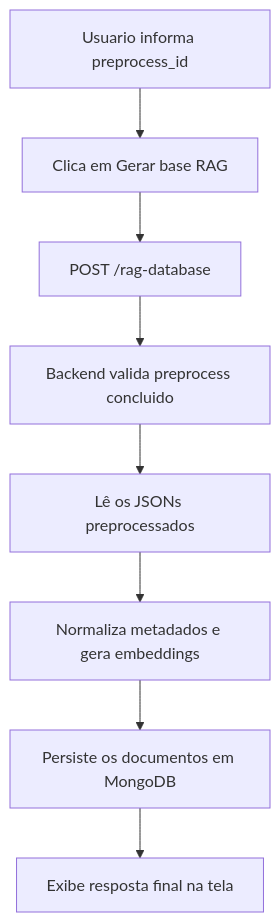
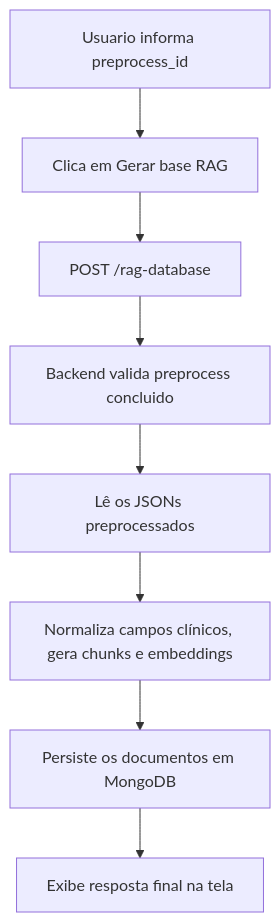
One commit to vagner-nascimento/fiap-pos-ia-para-devs-fase3-tech-challenge changed the second of 3 diagrams in frontend/README.md. Above: the diagram before and after it, drawn with Mermaid. The commit also changed other lines of this file and 6 other files, not shown here.

````diff
--- a/frontend/README.md
+++ b/frontend/README.md
@@ -194,10 +196,10 @@
 ```mermaid
 flowchart TD
     A[Usuario informa preprocess_id] --> B[Clica em Gerar base RAG]
     B --> C[POST /rag-database]
     C --> D[Backend valida preprocess concluido]
     D --> E[Lê os JSONs preprocessados]
-    E --> F[Normaliza metadados e gera embeddings]
+    E --> F[Normaliza campos clínicos, gera chunks e embeddings]
     F --> G[Persiste os documentos em MongoDB]
     G --> H[Exibe resposta final na tela]
 ```
````
